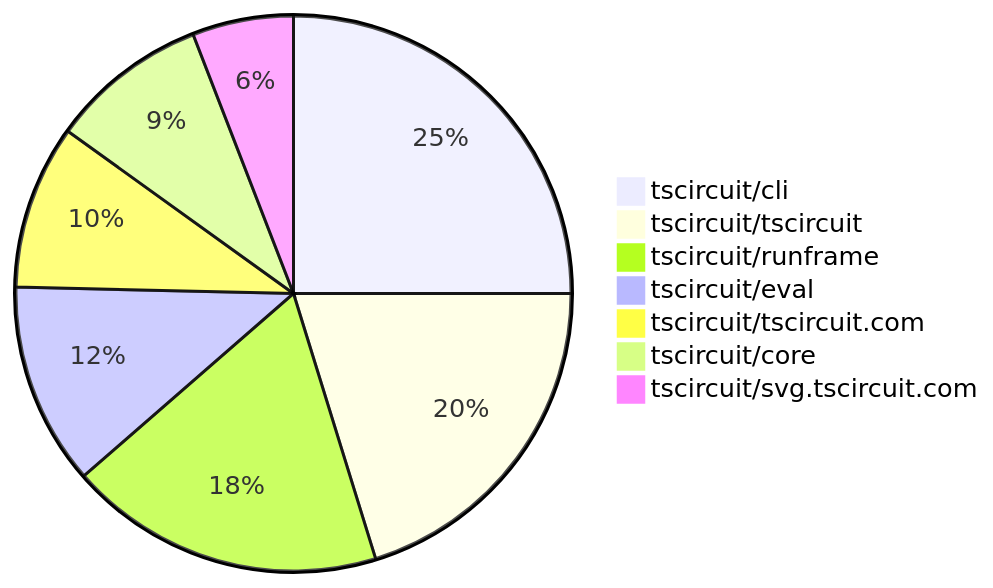
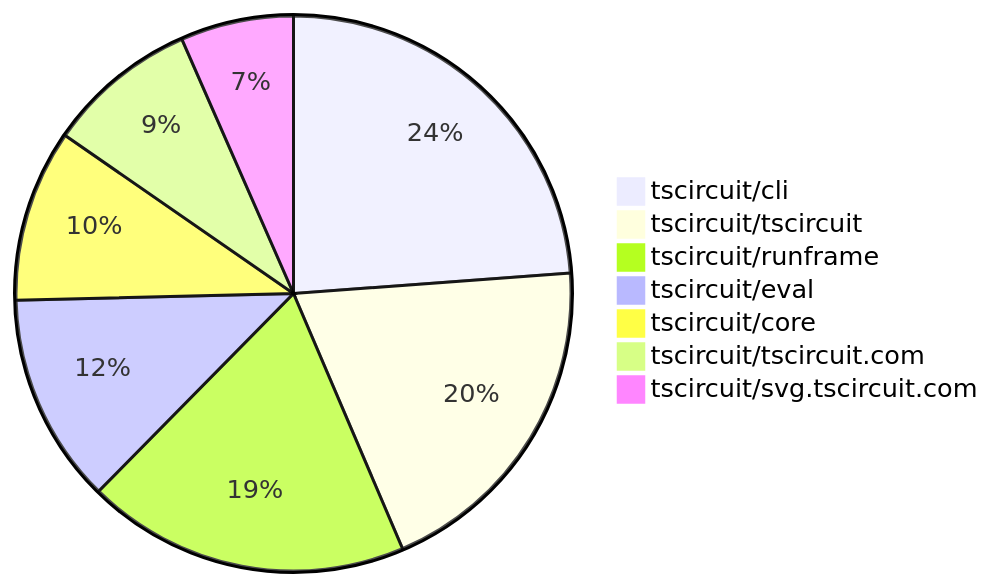
The second of 2 diagrams in README.md (tscircuit/contribution-tracker), drawn with Mermaid before and after one commit. The commit also changed other lines of this file and 3 other files, not shown here.

````diff
--- a/README.md
+++ b/README.md
@@ -131,10 +140,10 @@
 ```mermaid
 pie
-    "tscircuit/cli" : 68
-    "tscircuit/tscircuit" : 55
-    "tscircuit/runframe" : 50
-    "tscircuit/eval" : 32
-    "tscircuit/tscircuit.com" : 26
-    "tscircuit/core" : 25
-    "tscircuit/svg.tscircuit.com" : 16
+    "tscircuit/cli" : 76
+    "tscircuit/tscircuit" : 63
+    "tscircuit/runframe" : 60
+    "tscircuit/eval" : 39
+    "tscircuit/core" : 32
+    "tscircuit/tscircuit.com" : 28
+    "tscircuit/svg.tscircuit.com" : 21
 ```
````
